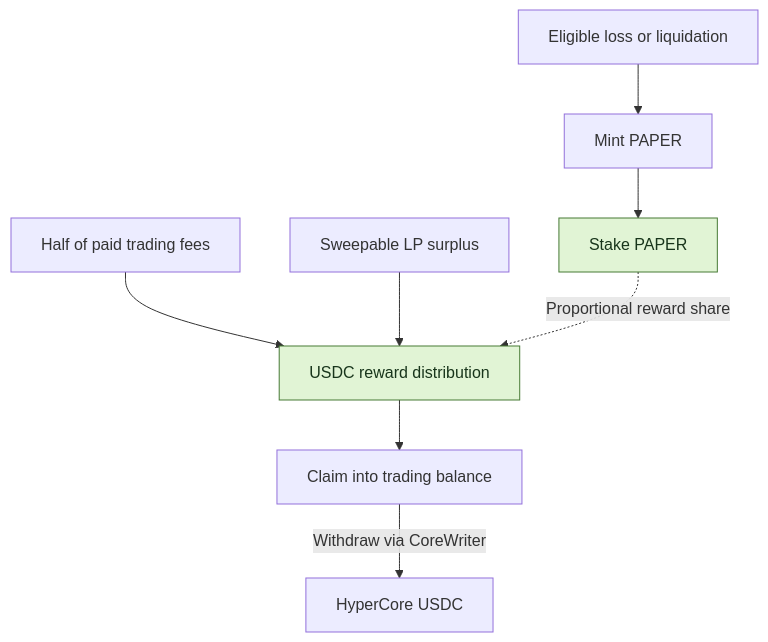
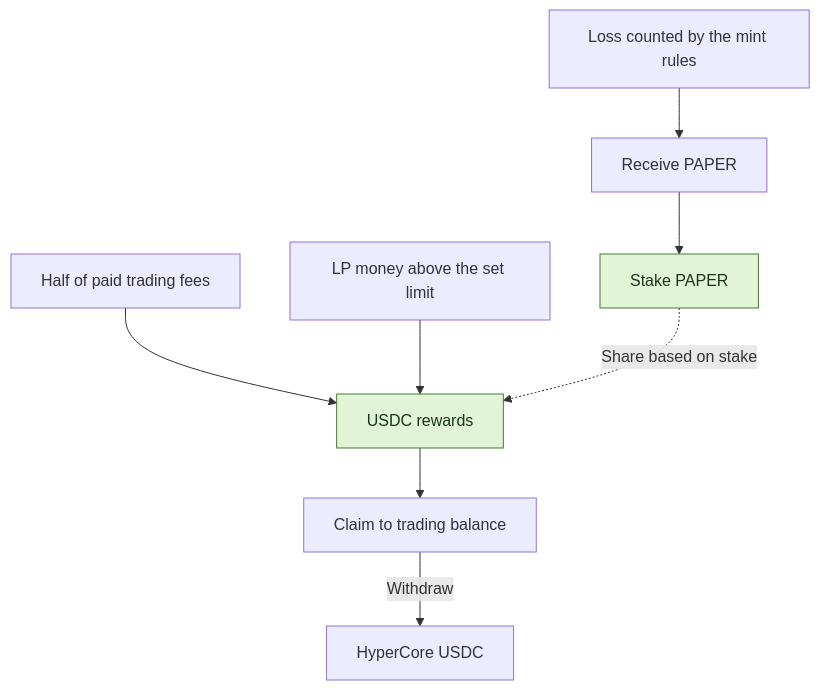
One commit to KoNit-K/papertrade-lab changed the second of 2 diagrams in README.md. Above: the diagram before and after it, drawn with Mermaid. The commit also changed other lines of this file and 6 other files, not shown here.

````diff
--- a/README.md
+++ b/README.md
@@ -115,12 +118,12 @@
 ```mermaid
 flowchart TB
-    Loss[Eligible loss or liquidation] --> Mint[Mint PAPER]
+    Loss[Loss counted by the mint rules] --> Mint[Receive PAPER]
     Mint --> Stake[Stake PAPER]
-    Fees[Half of paid trading fees] --> Rewards[USDC reward distribution]
-    Surplus[Sweepable LP surplus] --> Rewards
-    Stake -.->|Proportional reward share| Rewards
-    Rewards --> Claim[Claim into trading balance]
-    Claim -->|Withdraw via CoreWriter| Core[HyperCore USDC]
+    Fees[Half of paid trading fees] --> Rewards[USDC rewards]
+    Surplus[LP money above the set limit] --> Rewards
+    Stake -.->|Share based on stake| Rewards
+    Rewards --> Claim[Claim to trading balance]
+    Claim -->|Withdraw| Core[HyperCore USDC]
     classDef accent fill:#e1f4d5,stroke:#477a35,color:#18351b
     class Stake,Rewards accent
 ```
````
